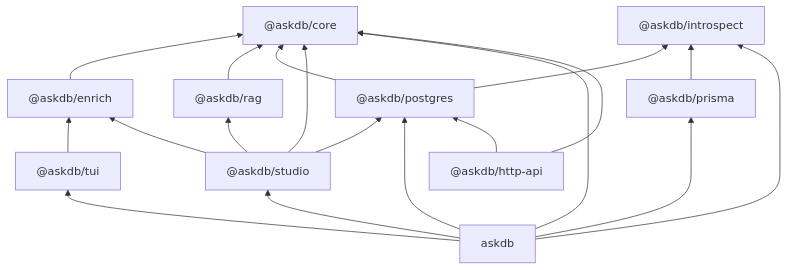
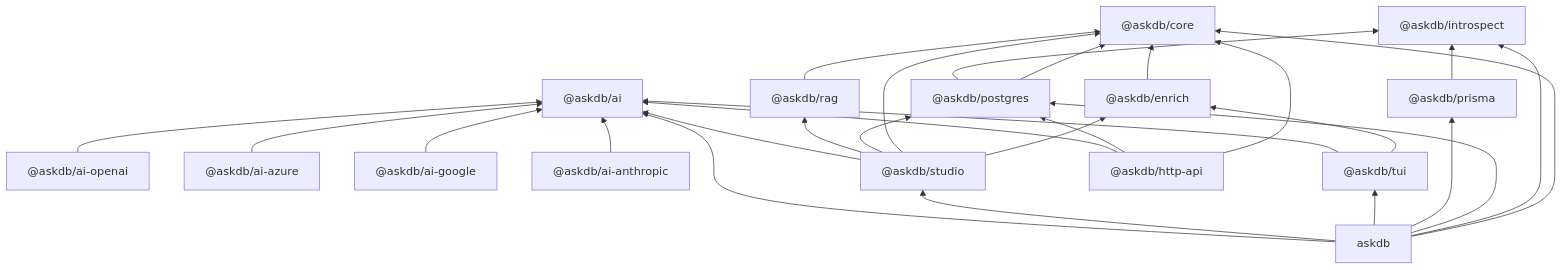
The third of 7 diagrams in docs/architecture.md (Ygilany/AskDB), drawn with Mermaid before and after one commit. The commit also changed other lines of this file and 28 other files, not shown here.

First line of the commit message:
feat(ai): add @askdb/ai-anthropic, open config provider union, registry-driven key message

````diff
--- a/docs/architecture.md
+++ b/docs/architecture.md
@@ -98,32 +119,45 @@
 ```mermaid
 flowchart BT
   core["@askdb/core"]
   introspect["@askdb/introspect"]
   enrich["@askdb/enrich"]
   rag["@askdb/rag"]
   postgres["@askdb/postgres"]
   prisma["@askdb/prisma"]
+  ai["@askdb/ai"]
+  aiOpenai["@askdb/ai-openai"]
+  aiAzure["@askdb/ai-azure"]
+  aiGoogle["@askdb/ai-google"]
+  aiAnthropic["@askdb/ai-anthropic"]
   tui["@askdb/tui"]
   studio["@askdb/studio"]
   cli["askdb"]
   http["@askdb/http-api"]
 
   enrich --> core
   rag --> core
   postgres --> core
   postgres --> introspect
   prisma --> introspect
+  aiOpenai --> ai
+  aiAzure --> ai
+  aiGoogle --> ai
+  aiAnthropic --> ai
   tui --> enrich
+  tui --> ai
   studio --> enrich
   studio --> core
   studio --> postgres
   studio --> rag
+  studio --> ai
   cli --> core
   cli --> introspect
   cli --> postgres
   cli --> prisma
   cli --> tui
   cli --> studio
+  cli --> ai
   http --> core
   http --> postgres
+  http --> ai
 ```
````
